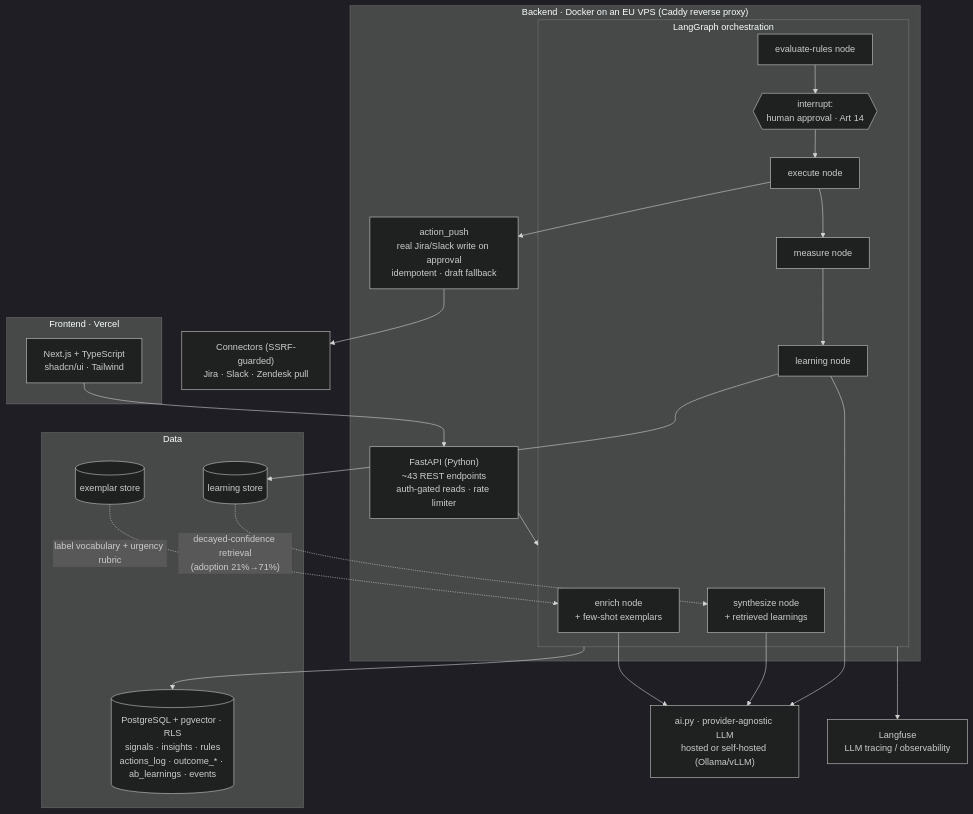
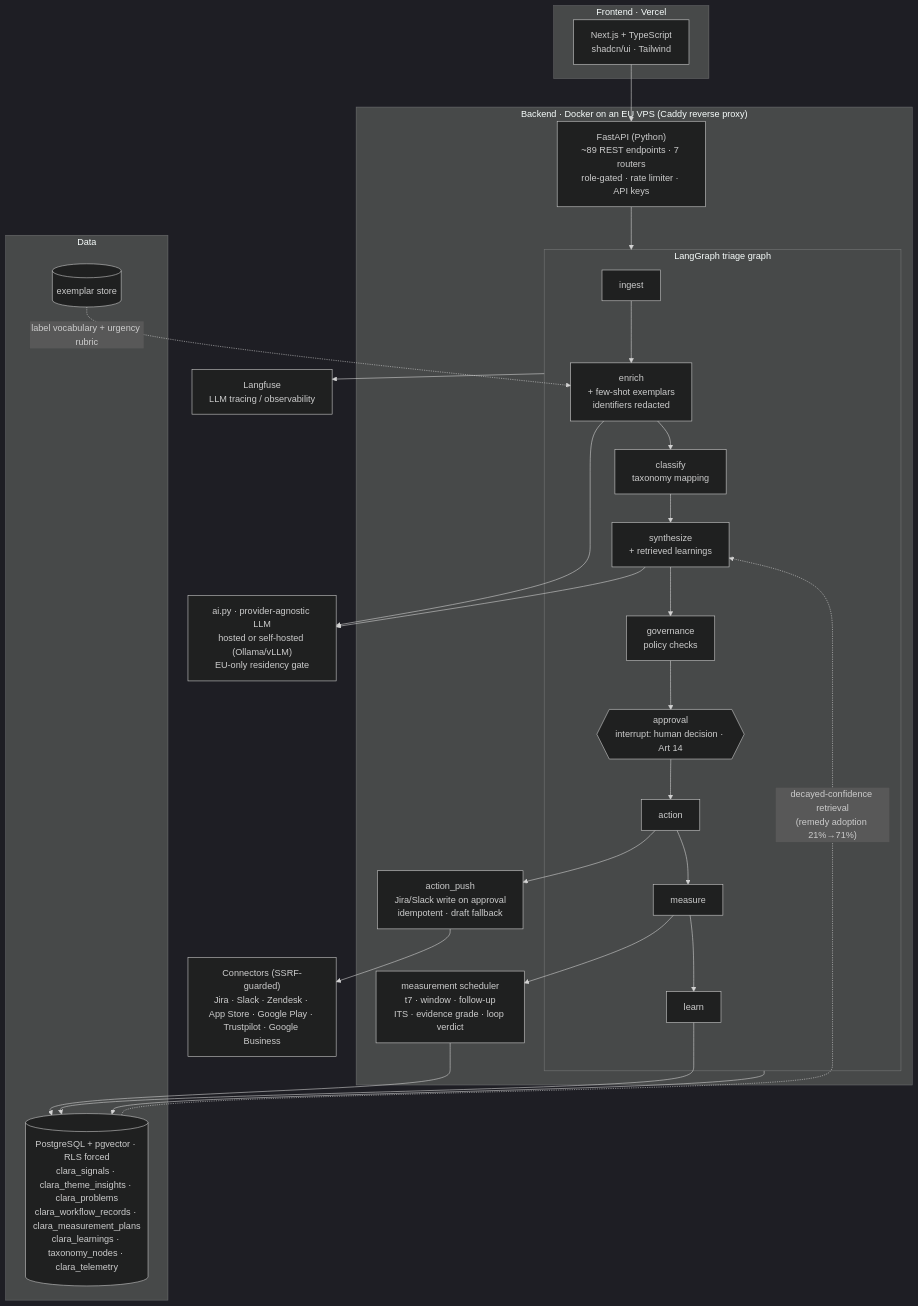
Before and after one commit to fogu13/CLARA: the diagram in thesis/diagrams/03_architecture_clara.mmd, drawn with Mermaid (dark theme). The commit also changed 23 other files, not shown here.

```diff
--- a/thesis/diagrams/03_architecture_clara.mmd
+++ b/thesis/diagrams/03_architecture_clara.mmd
@@ -1,42 +1,44 @@
 %% Implementation architecture — CLARA build (Next.js + FastAPI + LangGraph). Edit freely.
-%% CLARA = Capture, Listen, Analyze, Respond, Adapt. Updated Jul 2026: real action push + learning loop.
+%% CLARA = Capture, Listen, Analyze, Respond, Adapt. Updated Sep 2026 to the deployed graph.
 flowchart TB
     subgraph FE["Frontend · Vercel"]
         UI["Next.js + TypeScript<br/>shadcn/ui · Tailwind"]
     end
 
     subgraph API["Backend · Docker on an EU VPS (Caddy reverse proxy)"]
-        FAST["FastAPI (Python)<br/>~43 REST endpoints<br/>auth-gated reads · rate limiter"]
-        subgraph LG["LangGraph orchestration"]
-            N1["enrich node<br/>+ few-shot exemplars"]
-            N2["synthesize node<br/>+ retrieved learnings"]
-            N3["evaluate-rules node"]
-            INT{{"interrupt:<br/>human approval · Art 14"}}
-            N4["execute node"]
-            N5["measure node"]
-            N6["learning node"]
+        FAST["FastAPI (Python)<br/>~89 REST endpoints · 7 routers<br/>role-gated · rate limiter · API keys"]
+        subgraph LG["LangGraph triage graph"]
+            N0["ingest"]
+            N1["enrich<br/>+ few-shot exemplars<br/>identifiers redacted"]
+            N1b["classify<br/>taxonomy mapping"]
+            N2["synthesize<br/>+ retrieved learnings"]
+            N3["governance<br/>policy checks"]
+            INT{{"approval<br/>interrupt: human decision · Art 14"}}
+            N4["action"]
+            N5["measure"]
+            N6["learn"]
         end
-        PUSH["action_push<br/>real Jira/Slack write on approval<br/>idempotent · draft fallback"]
+        PUSH["action_push<br/>Jira/Slack write on approval<br/>idempotent · draft fallback"]
+        SCHED["measurement scheduler<br/>t7 · window · follow-up<br/>ITS · evidence grade · loop verdict"]
     end
 
     subgraph DATA["Data"]
-        DB[("PostgreSQL + pgvector · RLS<br/>signals · insights · rules<br/>actions_log · outcome_* · ab_learnings · events")]
-        LSTORE[("learning store")]
+        DB[("PostgreSQL + pgvector · RLS forced<br/>clara_signals · clara_theme_insights · clara_problems<br/>clara_workflow_records · clara_measurement_plans<br/>clara_learnings · taxonomy_nodes · clara_telemetry")]
         XSTORE[("exemplar store")]
     end
 
-    AI["ai.py · provider-agnostic LLM<br/>hosted or self-hosted (Ollama/vLLM)"]
+    AI["ai.py · provider-agnostic LLM<br/>hosted or self-hosted (Ollama/vLLM)<br/>EU-only residency gate"]
     OBS["Langfuse<br/>LLM tracing / observability"]
-    CONN["Connectors (SSRF-guarded)<br/>Jira · Slack · Zendesk pull"]
+    CONN["Connectors (SSRF-guarded)<br/>Jira · Slack · Zendesk · App Store · Google Play · Trustpilot · Google Business"]
 
     UI --> FAST --> LG
     LG --> DB
+    N0 --> N1 --> N1b --> N2 --> N3 --> INT --> N4 --> N5 --> N6
     N1 --> AI
     N2 --> AI
-    N6 --> AI
     LG --> OBS
-    N3 --> INT --> N4 --> PUSH --> CONN
-    N4 --> N5 --> N6
-    N6 --> LSTORE
-    LSTORE -.->|"decayed-confidence retrieval<br/>(adoption 21%→71%)"| N2
+    N4 --> PUSH --> CONN
+    N5 --> SCHED --> DB
+    N6 --> DB
+    DB -.->|"decayed-confidence retrieval<br/>(remedy adoption 21%→71%)"| N2
     XSTORE -.->|"label vocabulary + urgency rubric"| N1
```
